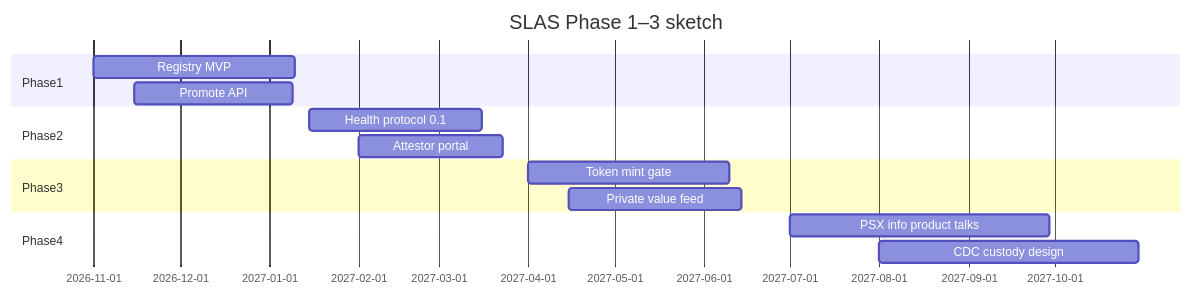
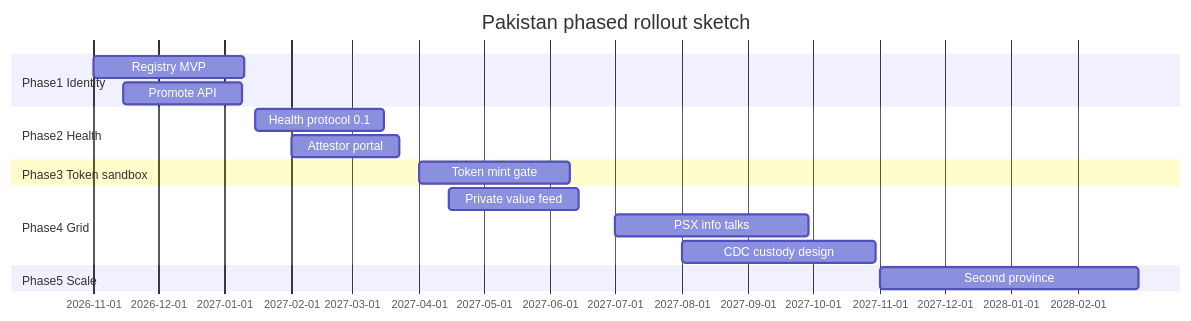
One commit to AmmarJamshed/livestock-smart-asset-stack-whitepaper changed the second of 2 diagrams in 09-roadmap.md. Above: the diagram before and after it, drawn with Mermaid. The commit also changed other lines of this file and 5 other files, not shown here.

First line of the commit message:
feat: mobile-friendly farm site and phased Pakistan rollout

````diff
--- a/09-roadmap.md
+++ b/09-roadmap.md
@@ -33,17 +68,19 @@
 ```mermaid
 gantt
-  title SLAS Phase 1–3 sketch
+  title Pakistan phased rollout sketch
   dateFormat  YYYY-MM-DD
-  section Phase1
+  section Phase1 Identity
   Registry MVP           :a1, 2026-11-01, 70d
   Promote API            :a2, 2026-11-15, 55d
-  section Phase2
+  section Phase2 Health
   Health protocol 0.1    :b1, 2027-01-15, 60d
   Attestor portal        :b2, 2027-02-01, 50d
-  section Phase3
+  section Phase3 Token sandbox
   Token mint gate        :c1, 2027-04-01, 70d
+  section Phase4 Grid
   Private value feed     :c2, 2027-04-15, 60d
-  section Phase4
-  PSX info product talks :d1, 2027-07-01, 90d
+  PSX info talks         :d1, 2027-07-01, 90d
   CDC custody design     :d2, 2027-08-01, 90d
+  section Phase5 Scale
+  Second province        :e1, 2027-11-01, 120d
 ```
````
